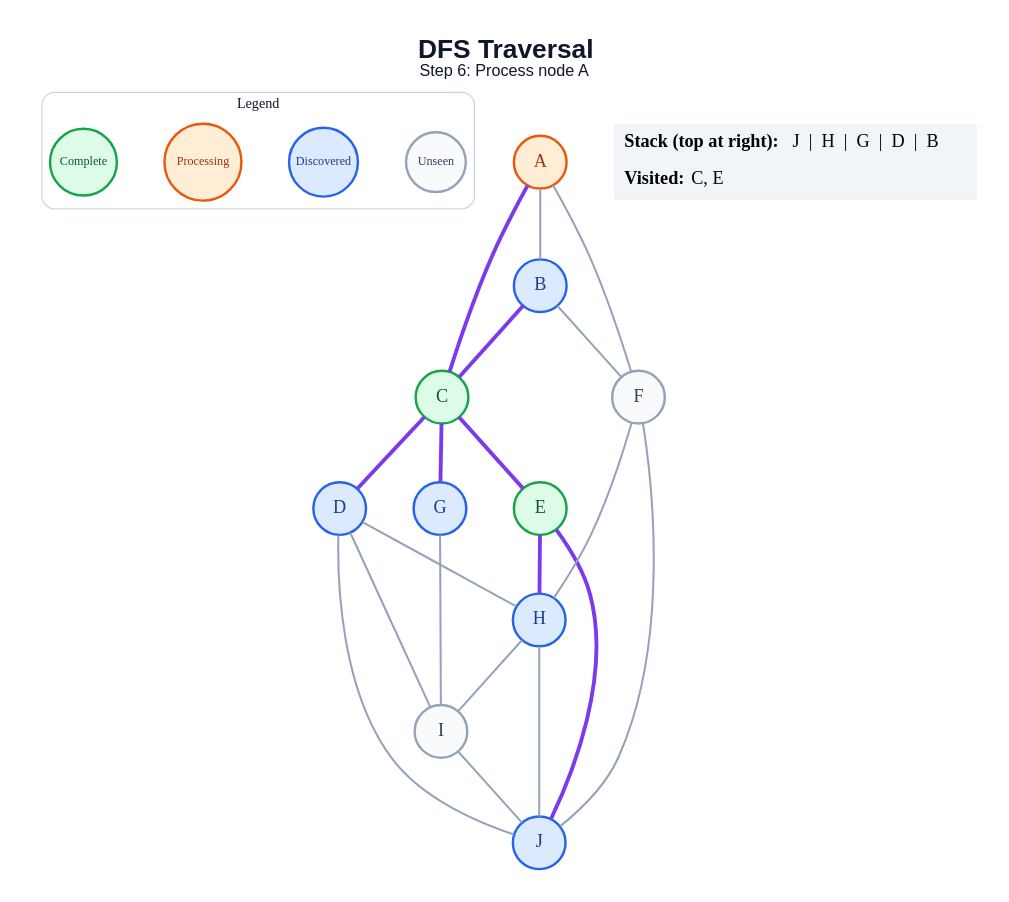
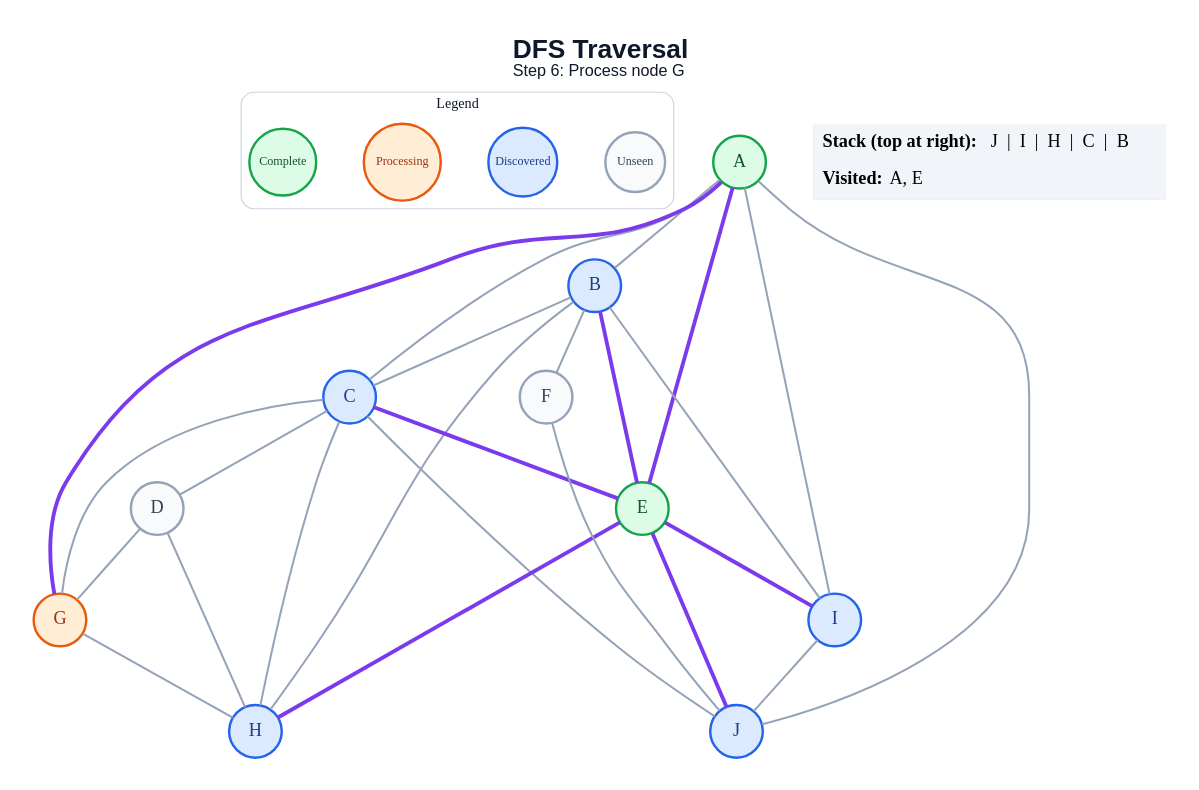
One commit to amanghodawala9/ai-slop changed the diagram in generated/specific-node/dfs/step_06.dot. Above: the diagram before and after it, drawn with Graphviz. The commit also changed 178 other files, not shown here.

```diff
--- a/generated/specific-node/dfs/step_06.dot
+++ b/generated/specific-node/dfs/step_06.dot
@@ -1,48 +1,53 @@
 graph traversal {
   graph [layout=dot, rankdir=TB, bgcolor="#FFFFFF", pad="0.35", nodesep="0.65", ranksep="0.8", fontname="Arial"];
   node [shape=circle, style="filled", fontname="Arial Bold", fontsize=18, width=0.72, fixedsize=true, penwidth=2.4];
   edge [color="#94A3B8", penwidth=2.0];
-  label=<<B>DFS Traversal</B><BR/><FONT POINT-SIZE="16">Step 6: Process node A</FONT>>; labelloc="t"; fontsize=26; fontname="Arial"; fontcolor="#0F172A";
+  label=<<B>DFS Traversal</B><BR/><FONT POINT-SIZE="16">Step 6: Process node G</FONT>>; labelloc="t"; fontsize=26; fontname="Arial"; fontcolor="#0F172A";
   subgraph cluster_legend { label="Legend"; color="#CBD5E1"; penwidth=1.2; style="rounded"; fontsize=14; fontname="Arial Bold";
     key_unseen [label="Unseen", fillcolor="#F8FAFC", color="#94A3B8", fontcolor="#334155", fontsize=12, width=0.82];
     key_frontier [label="Discovered", fillcolor="#DBEAFE", color="#2563EB", fontcolor="#1E3A8A", fontsize=12, width=0.95];
     key_current [label="Processing", fillcolor="#FFEDD5", color="#EA580C", fontcolor="#9A3412", fontsize=12, width=1.05];
     key_done [label="Complete", fillcolor="#DCFCE7", color="#16A34A", fontcolor="#14532D", fontsize=12, width=0.92];
     { rank=same; key_unseen; key_frontier; key_current; key_done; }
   }
-  A [fillcolor="#FFEDD5", color="#EA580C", fontcolor="#9A3412"];
+  A [fillcolor="#DCFCE7", color="#16A34A", fontcolor="#14532D"];
   B [fillcolor="#DBEAFE", color="#2563EB", fontcolor="#1E3A8A"];
-  C [fillcolor="#DCFCE7", color="#16A34A", fontcolor="#14532D"];
-  D [fillcolor="#DBEAFE", color="#2563EB", fontcolor="#1E3A8A"];
+  C [fillcolor="#DBEAFE", color="#2563EB", fontcolor="#1E3A8A"];
+  D [fillcolor="#F8FAFC", color="#94A3B8", fontcolor="#334155"];
   E [fillcolor="#DCFCE7", color="#16A34A", fontcolor="#14532D"];
   F [fillcolor="#F8FAFC", color="#94A3B8", fontcolor="#334155"];
-  G [fillcolor="#DBEAFE", color="#2563EB", fontcolor="#1E3A8A"];
+  G [fillcolor="#FFEDD5", color="#EA580C", fontcolor="#9A3412"];
   H [fillcolor="#DBEAFE", color="#2563EB", fontcolor="#1E3A8A"];
-  I [fillcolor="#F8FAFC", color="#94A3B8", fontcolor="#334155"];
+  I [fillcolor="#DBEAFE", color="#2563EB", fontcolor="#1E3A8A"];
   J [fillcolor="#DBEAFE", color="#2563EB", fontcolor="#1E3A8A"];
   A -- B;
-  A -- C [color="#7C3AED", penwidth=3.8];
-  A -- F;
-  B -- C [color="#7C3AED", penwidth=3.8];
+  A -- C;
+  A -- E [color="#7C3AED", penwidth=3.8];
+  A -- G [color="#7C3AED", penwidth=3.8];
+  A -- I;
+  A -- J;
+  B -- C;
+  B -- E [color="#7C3AED", penwidth=3.8];
   B -- F;
-  C -- D [color="#7C3AED", penwidth=3.8];
+  B -- H;
+  B -- I;
+  C -- D;
   C -- E [color="#7C3AED", penwidth=3.8];
-  C -- G [color="#7C3AED", penwidth=3.8];
+  C -- G;
+  C -- H;
+  C -- J;
+  D -- G;
   D -- H;
-  D -- I;
-  D -- J;
   E -- H [color="#7C3AED", penwidth=3.8];
+  E -- I [color="#7C3AED", penwidth=3.8];
   E -- J [color="#7C3AED", penwidth=3.8];
-  F -- H;
   F -- J;
-  G -- I;
-  H -- I;
-  H -- J;
+  G -- H;
   I -- J;
   status [shape=plain, fixedsize=false, width=0, height=0, margin=0, label=<
     <TABLE BORDER="0" CELLBORDER="0" CELLPADDING="7" BGCOLOR="#F1F5F9">
-      <TR><TD ALIGN="LEFT"><B>Stack (top at right):</B> J  |  H  |  G  |  D  |  B</TD></TR>
-      <TR><TD ALIGN="LEFT"><B>Visited:</B> C, E</TD></TR>
+      <TR><TD ALIGN="LEFT"><B>Stack (top at right):</B> J  |  I  |  H  |  C  |  B</TD></TR>
+      <TR><TD ALIGN="LEFT"><B>Visited:</B> A, E</TD></TR>
     </TABLE>
   >];
 }
```
